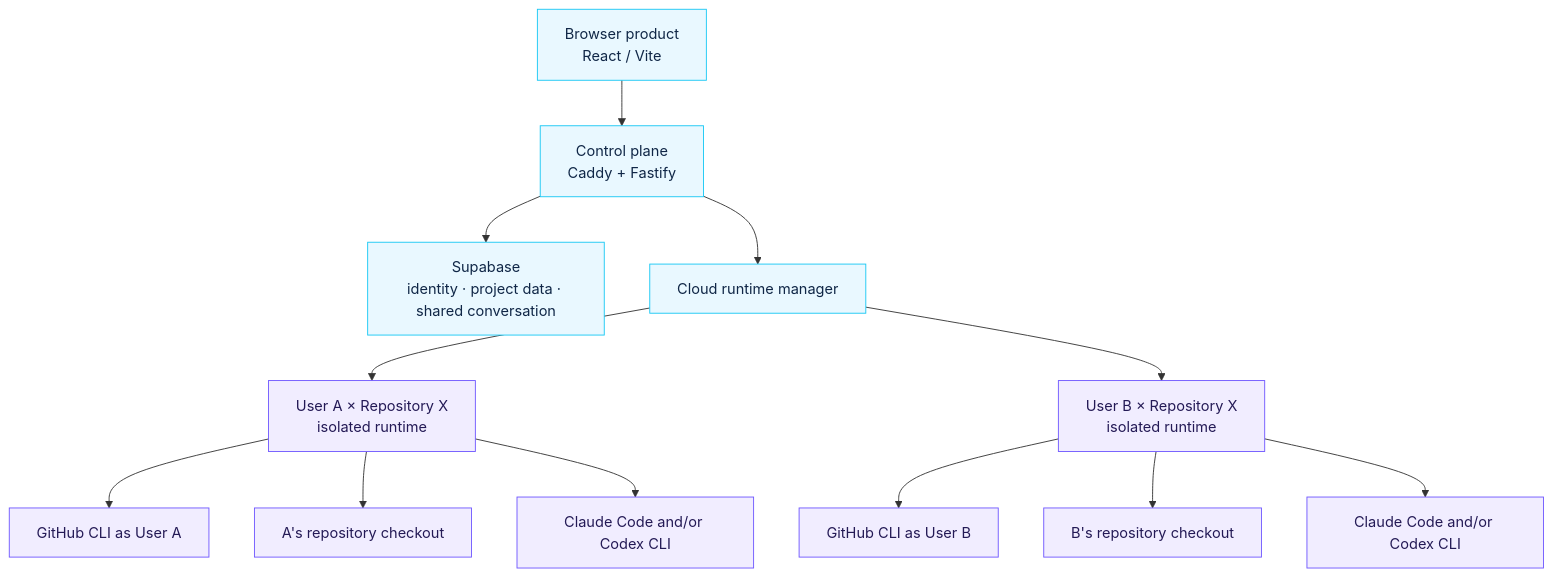
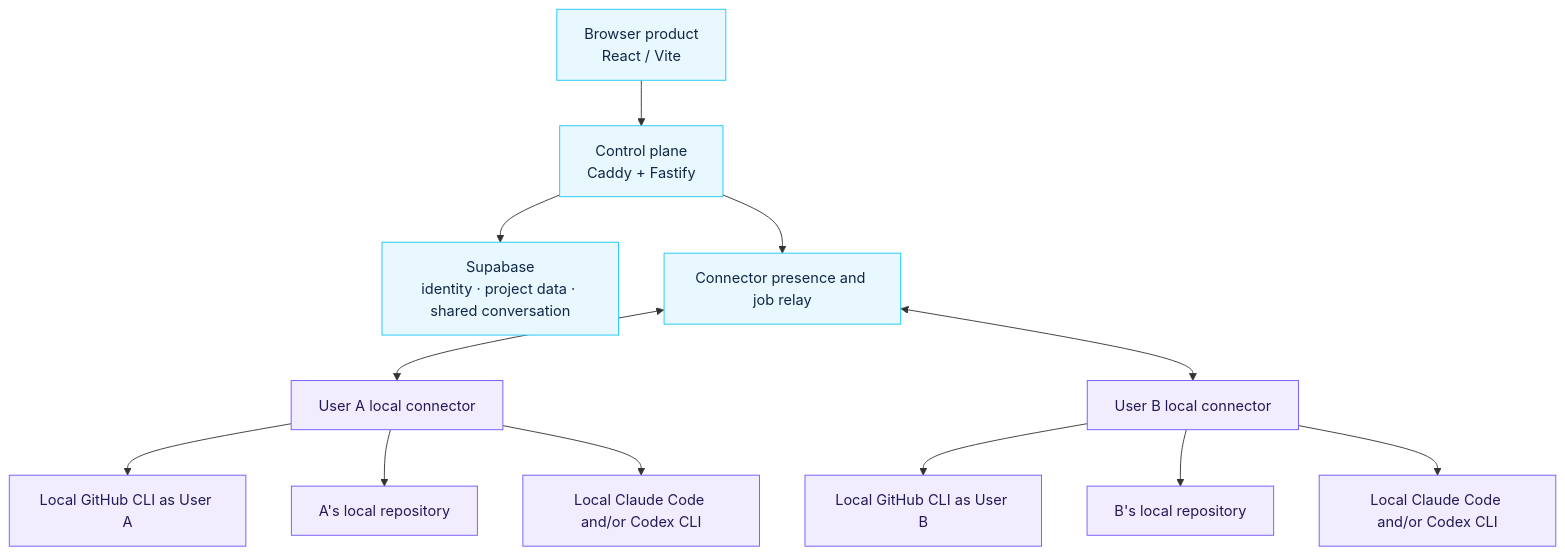
Before and after one commit to telaegent/telaegent-tiktok-techjam: the second of 2 diagrams in README.md, drawn with Mermaid. The commit also changed other lines of this file and 68 other files, not shown here.

````diff
--- a/README.md
+++ b/README.md
@@ -84,21 +87,21 @@
 ```mermaid
 flowchart TB
     Browser["Browser product\nReact / Vite"] --> API["Control plane\nCaddy + Fastify"]
     API --> Data["Supabase\nidentity · project data · shared conversation"]
-    API --> Manager["Cloud runtime manager"]
+    API --> Relay["Connector presence and job relay"]
 
-    Manager --> RuntimeA["User A × Repository X\nisolated runtime"]
-    Manager --> RuntimeB["User B × Repository X\nisolated runtime"]
+    Relay <--> ConnectorA["User A local connector"]
+    Relay <--> ConnectorB["User B local connector"]
 
-    RuntimeA --> GitHubA["GitHub CLI as User A"]
-    RuntimeA --> RepoA["A's repository checkout"]
-    RuntimeA --> ProviderA["Claude Code and/or Codex CLI"]
-    RuntimeB --> GitHubB["GitHub CLI as User B"]
-    RuntimeB --> RepoB["B's repository checkout"]
-    RuntimeB --> ProviderB["Claude Code and/or Codex CLI"]
+    ConnectorA --> GitHubA["Local GitHub CLI as User A"]
+    ConnectorA --> RepoA["A's local repository"]
+    ConnectorA --> ProviderA["Local Claude Code and/or Codex CLI"]
+    ConnectorB --> GitHubB["Local GitHub CLI as User B"]
+    ConnectorB --> RepoB["B's local repository"]
+    ConnectorB --> ProviderB["Local Claude Code and/or Codex CLI"]
 
     classDef plane fill:#E9F8FF,stroke:#18C8F4,color:#102747
-    classDef runtime fill:#F1EDFF,stroke:#6F57FF,color:#241A56
-    class Browser,API,Data,Manager plane
-    class RuntimeA,RuntimeB,GitHubA,RepoA,ProviderA,GitHubB,RepoB,ProviderB runtime
+    classDef local fill:#F1EDFF,stroke:#6F57FF,color:#241A56
+    class Browser,API,Data,Relay plane
+    class ConnectorA,ConnectorB,GitHubA,RepoA,ProviderA,GitHubB,RepoB,ProviderB local
 ```
````
